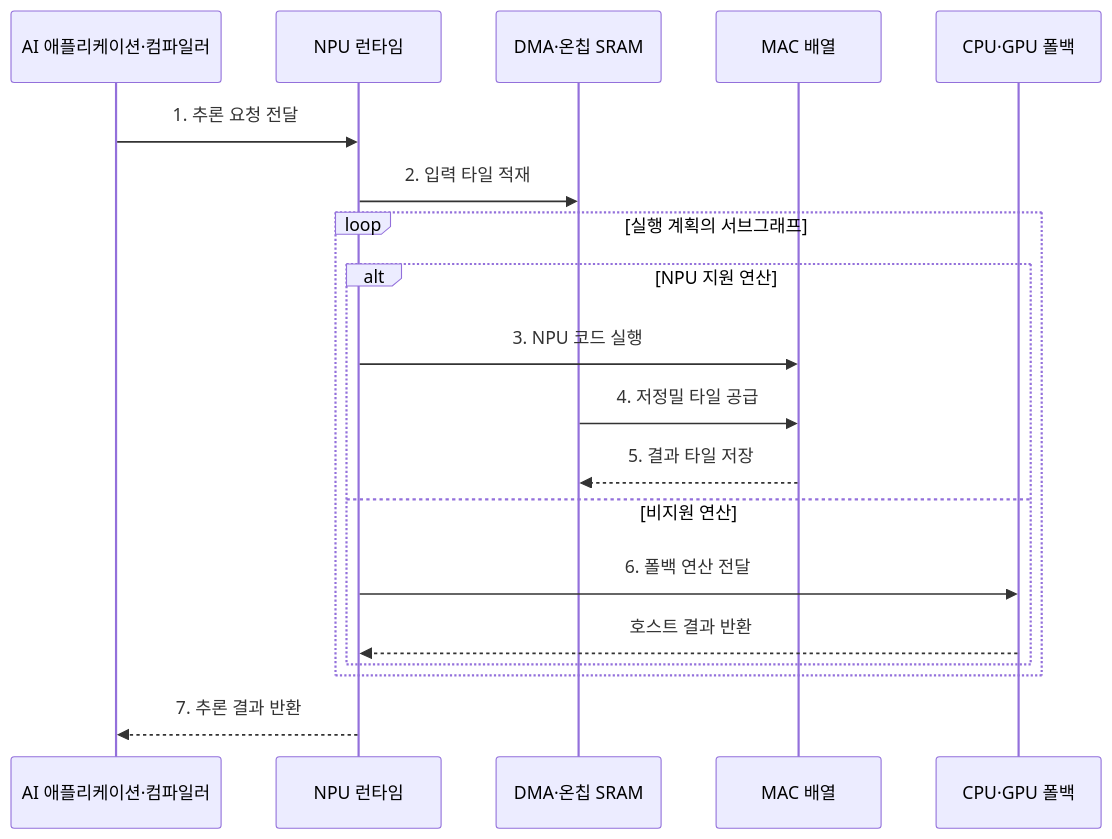
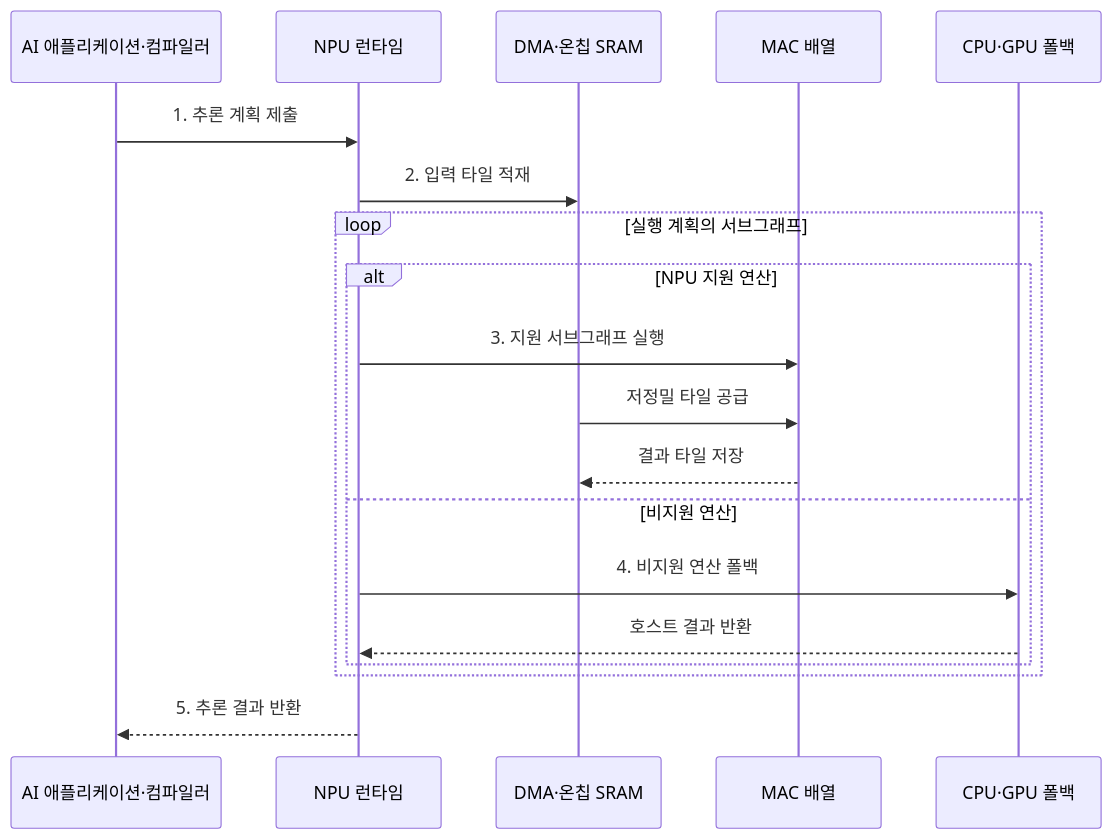
One commit to agnusdei1207/knowledge-base changed the second of 2 diagrams in src/content/docs/notes/02-hardware/044_neural_processing_unit.md. Above: the diagram before and after it, drawn with Mermaid. The commit also changed other lines of this file and 86 other files, not shown here.

````diff
--- a/src/content/docs/notes/02-hardware/044_neural_processing_unit.md
+++ b/src/content/docs/notes/02-hardware/044_neural_processing_unit.md
@@ -86,22 +86,22 @@
 ```mermaid
 sequenceDiagram
     participant A as AI 애플리케이션·컴파일러
     participant R as NPU 런타임
     participant M as DMA·온칩 SRAM
     participant N as MAC 배열
     participant H as CPU·GPU 폴백
 
-    A->>R: 1. 추론 요청 전달
+    A->>R: 1. 추론 계획 제출
     R->>M: 2. 입력 타일 적재
     loop 실행 계획의 서브그래프
         alt NPU 지원 연산
-            R->>N: 3. NPU 코드 실행
-            M->>N: 4. 저정밀 타일 공급
-            N-->>M: 5. 결과 타일 저장
+            R->>N: 3. 지원 서브그래프 실행
+            M->>N: 저정밀 타일 공급
+            N-->>M: 결과 타일 저장
         else 비지원 연산
-            R->>H: 6. 폴백 연산 전달
+            R->>H: 4. 비지원 연산 폴백
             H-->>R: 호스트 결과 반환
         end
     end
-    R-->>A: 7. 추론 결과 반환
+    R-->>A: 5. 추론 결과 반환
 ```
````
